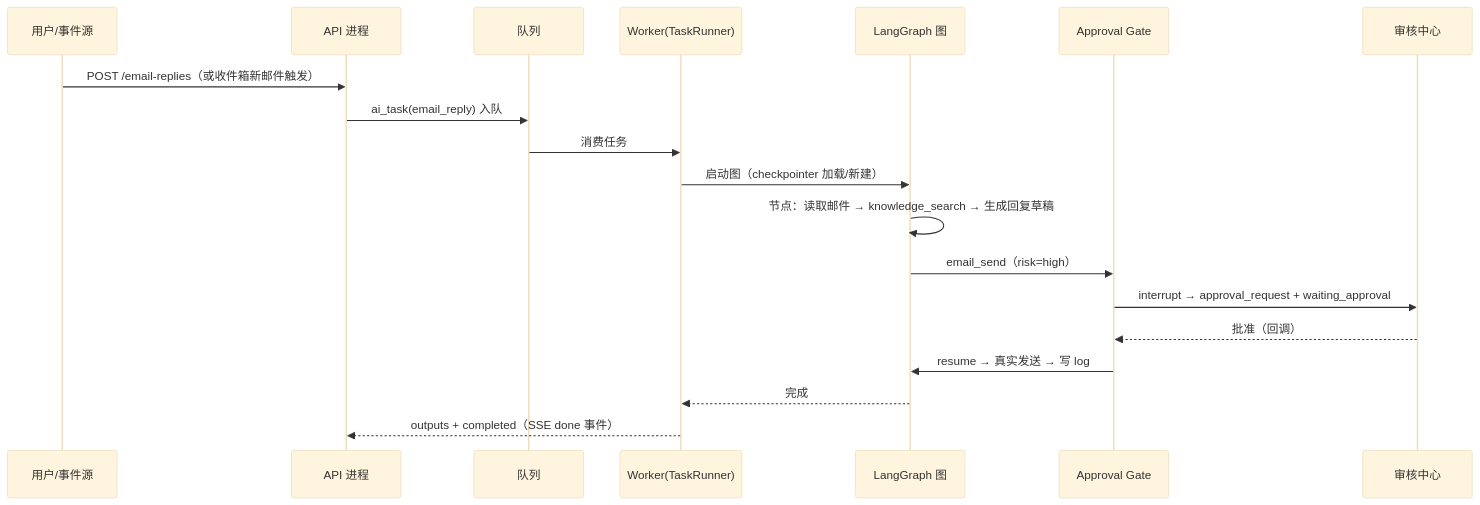
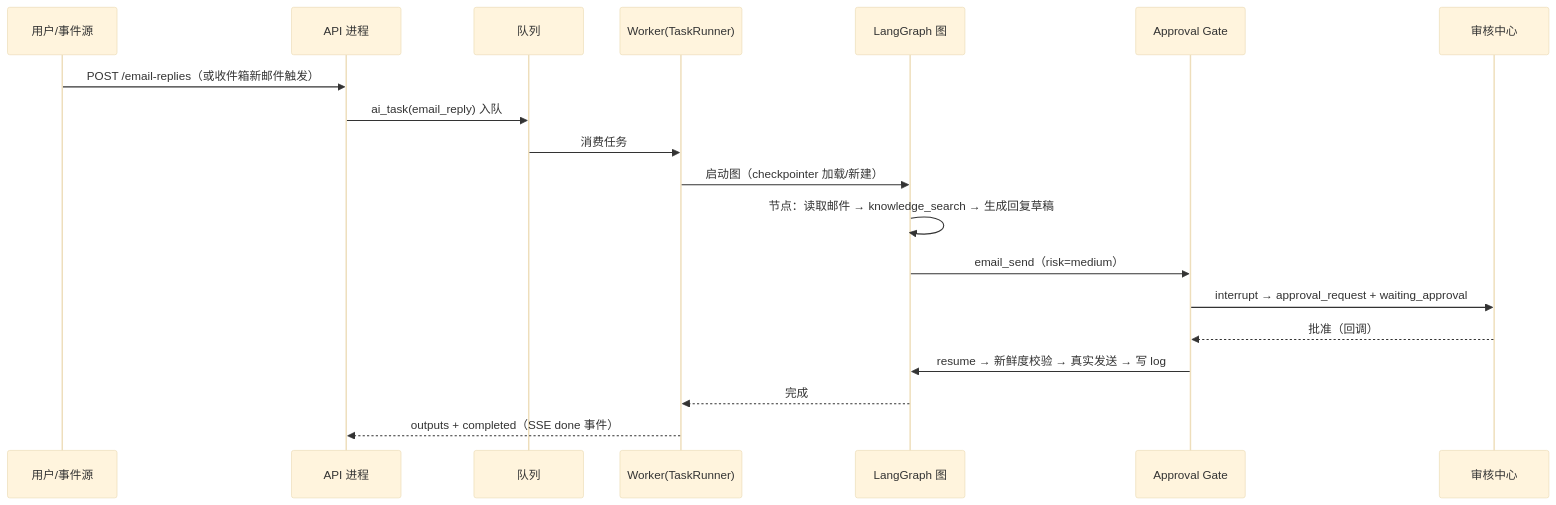
One commit to luoguoxiong/tradepilot changed the second of 2 diagrams in 产品需求文档/Agent Runtime 架构/00-运行时架构总纲.md. Above: the diagram before and after it, drawn with Mermaid (base theme). The commit also changed other lines of this file and 22 other files, not shown here.

````diff
--- a/产品需求文档/Agent Runtime 架构/00-运行时架构总纲.md
+++ b/产品需求文档/Agent Runtime 架构/00-运行时架构总纲.md
@@ -236,22 +279,22 @@
 ```mermaid
 sequenceDiagram
     participant U as 用户/事件源
     participant API as API 进程
     participant Q as 队列
     participant W as Worker(TaskRunner)
     participant G as LangGraph 图
     participant AG as Approval Gate
     participant AU as 审核中心
 
     U->>API: POST /email-replies（或收件箱新邮件触发）
     API->>Q: ai_task(email_reply) 入队
     Q->>W: 消费任务
     W->>G: 启动图（checkpointer 加载/新建）
     G->>G: 节点：读取邮件 → knowledge_search → 生成回复草稿
-    G->>AG: email_send（risk=high）
+    G->>AG: email_send（risk=medium）
     AG->>AU: interrupt → approval_request + waiting_approval
     AU-->>AG: 批准（回调）
-    AG->>G: resume → 真实发送 → 写 log
+    AG->>G: resume → 新鲜度校验 → 真实发送 → 写 log
     G-->>W: 完成
     W-->>API: outputs + completed（SSE done 事件）
 ```
````
